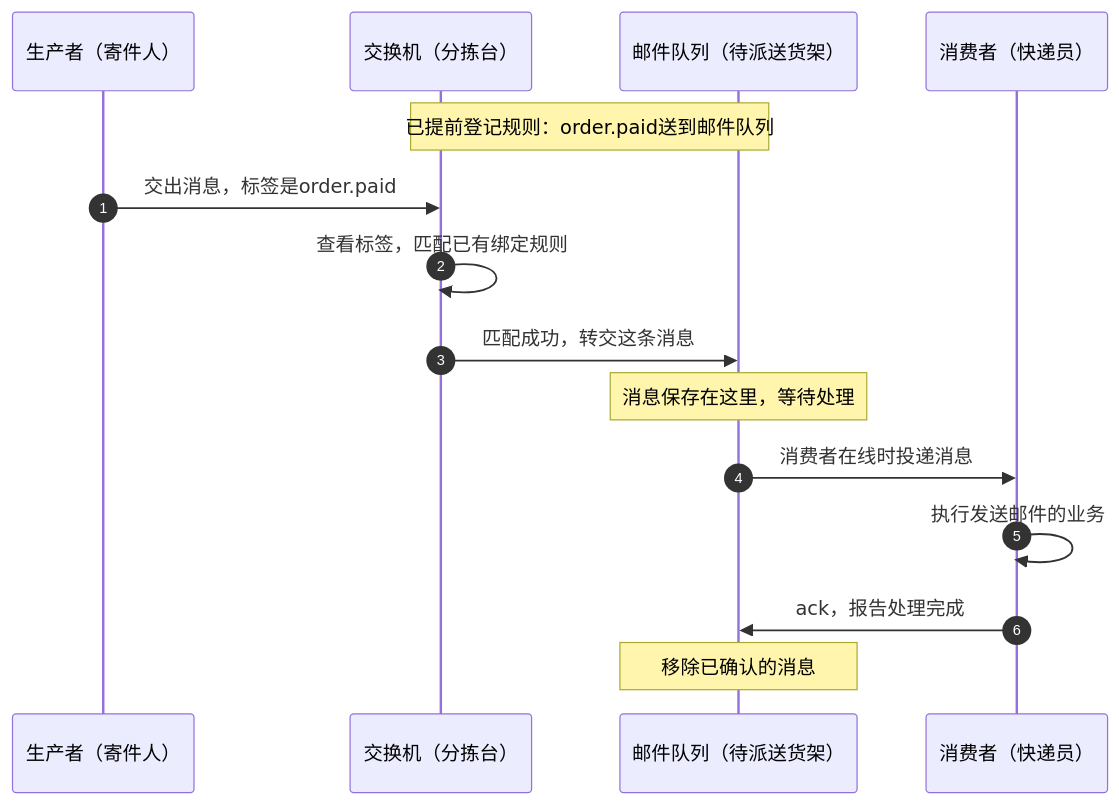
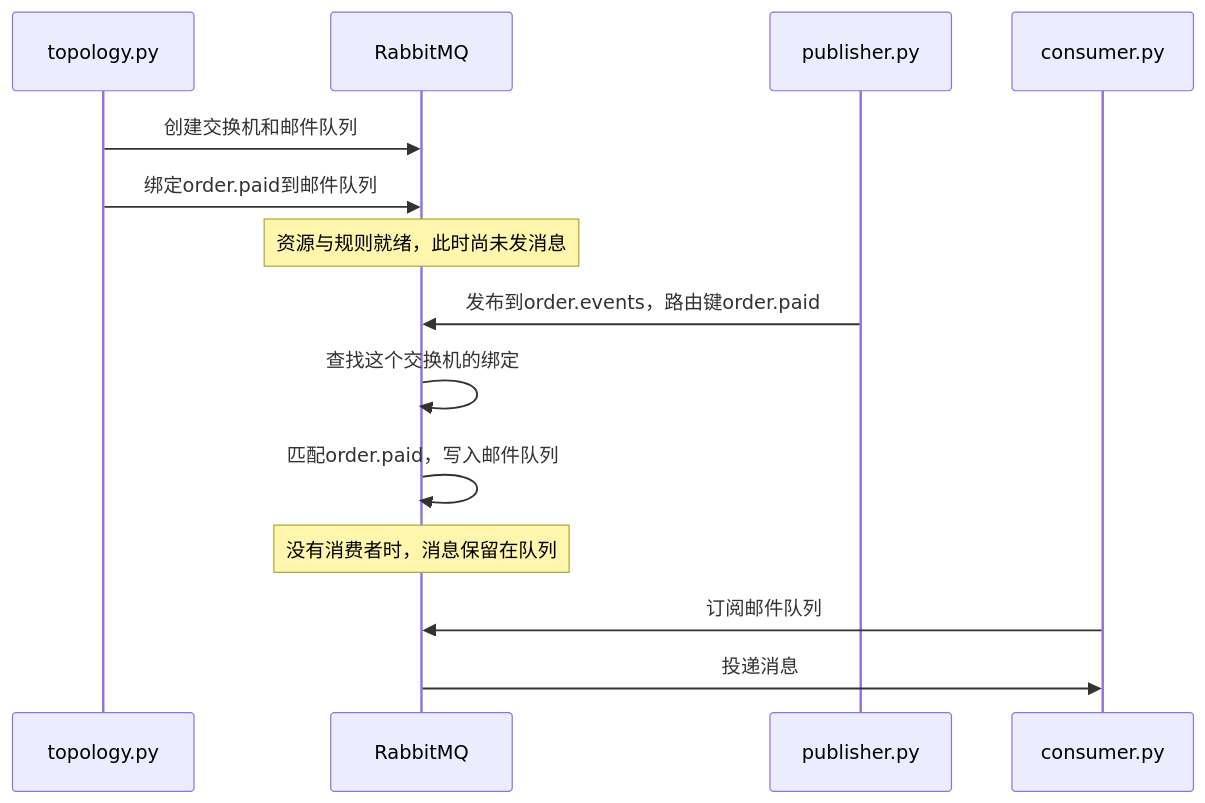
The fifth of 13 diagrams in rabbitMQ学习/README.md (tianshiyang/ai-lab), drawn with Mermaid before and after one commit. The commit also changed other lines of this file and 2 other files, not shown here.

Commit message:
refactor(rabbitMQ学习): 移除集中资源常量，名称内联到调用处

````diff
--- a/rabbitMQ学习/README.md
+++ b/rabbitMQ学习/README.md
@@ -438,17 +407,16 @@
 ```mermaid
 sequenceDiagram
-    autonumber
-    participant P as 生产者（寄件人）
-    participant E as 交换机（分拣台）
-    participant Q as 邮件队列（待派送货架）
-    participant C as 消费者（快递员）
-    Note over E,Q: 已提前登记规则：order.paid送到邮件队列
-    P->>E: 交出消息，标签是order.paid
-    E->>E: 查看标签，匹配已有绑定规则
-    E->>Q: 匹配成功，转交这条消息
-    Note over Q: 消息保存在这里，等待处理
-    Q->>C: 消费者在线时投递消息
-    C->>C: 执行发送邮件的业务
-    C->>Q: ack，报告处理完成
-    Note over Q: 移除已确认的消息
+    participant T as topology.py
+    participant R as RabbitMQ
+    participant P as publisher.py
+    participant C as consumer.py
+    T->>R: 创建交换机和邮件队列
+    T->>R: 绑定order.paid到邮件队列
+    Note over R: 资源与规则就绪，此时尚未发消息
+    P->>R: 发布到order.events，路由键order.paid
+    R->>R: 查找这个交换机的绑定
+    R->>R: 匹配order.paid，写入邮件队列
+    Note over R: 没有消费者时，消息保留在队列
+    C->>R: 订阅邮件队列
+    R->>C: 投递消息
 ```
````
